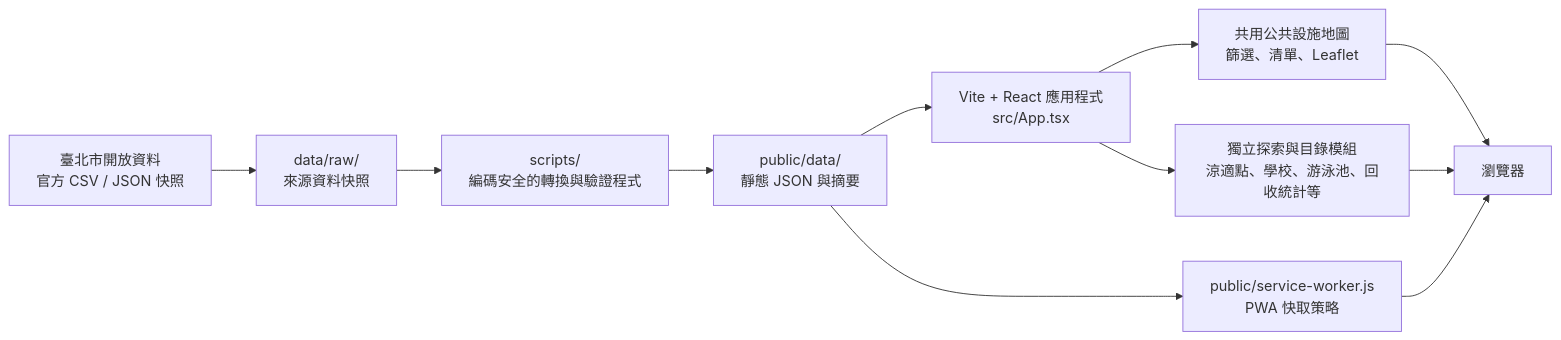
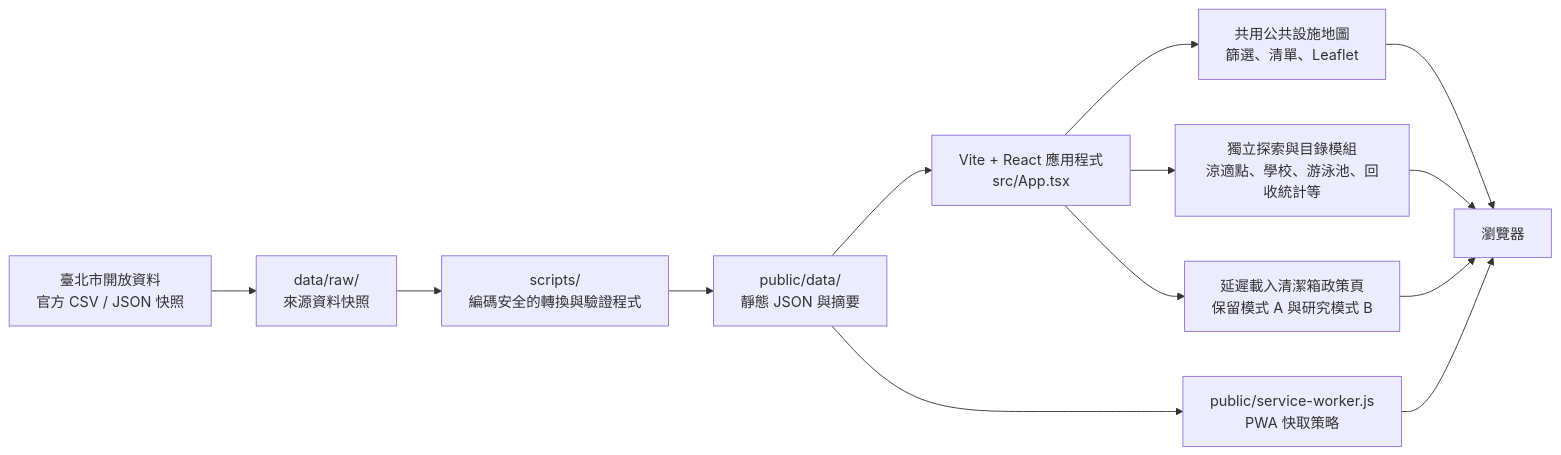
Before and after one commit to LEO0331/taipei-bin-map: the diagram in README.zh-Hant.md, drawn with Mermaid. The commit also changed other lines of this file and 15 other files, not shown here.

````diff
--- a/README.zh-Hant.md
+++ b/README.zh-Hant.md
@@ -19,15 +19,17 @@
 ```mermaid
 flowchart LR
   O["臺北市開放資料<br/>官方 CSV / JSON 快照"] --> R["data/raw/<br/>來源資料快照"]
   R --> C["scripts/<br/>編碼安全的轉換與驗證程式"]
   C --> P["public/data/<br/>靜態 JSON 與摘要"]
 
   P --> A["Vite + React 應用程式<br/>src/App.tsx"]
   A --> M["共用公共設施地圖<br/>篩選、清單、Leaflet"]
   A --> D["獨立探索與目錄模組<br/>涼適點、學校、游泳池、回收統計等"]
+  A --> Q["延遲載入清潔箱政策頁<br/>保留模式 A 與研究模式 B"]
   M --> B["瀏覽器"]
   D --> B
+  Q --> B
 
   S["public/service-worker.js<br/>PWA 快取策略"] --> B
   P --> S
 ```
````
